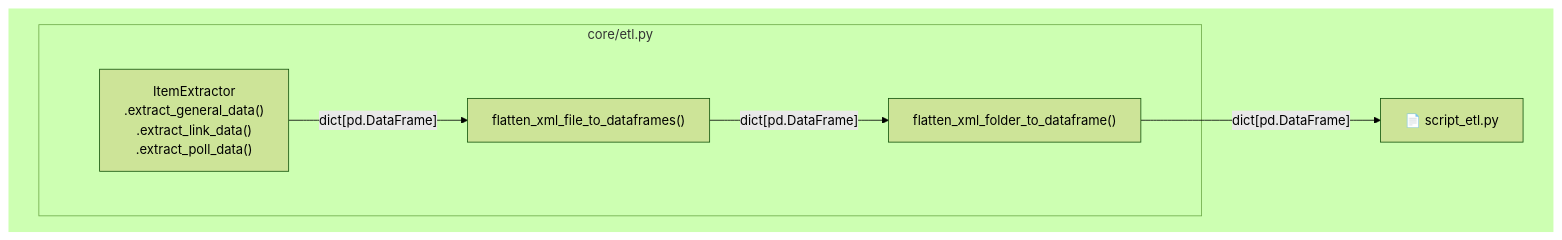
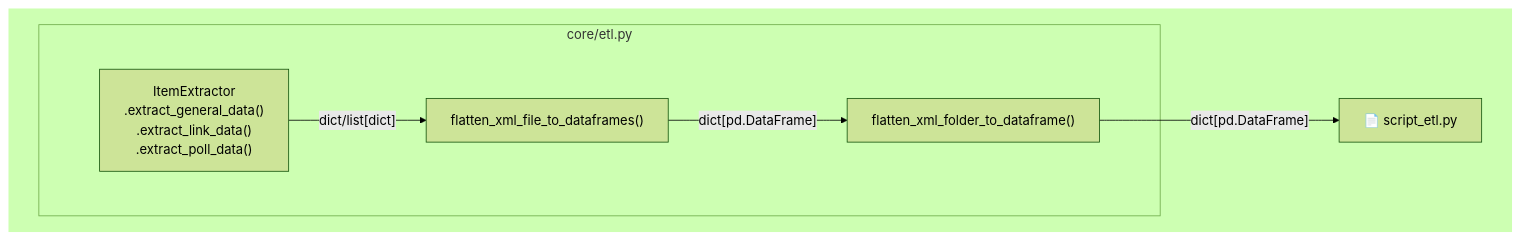
The second of 2 diagrams in content/blog/boardgames_part_one.md (andrewKOwong/mixedconclusions), drawn with Mermaid before and after one commit. The commit also changed other lines of this file, not shown here.

````diff
--- a/content/blog/boardgames_part_one.md
+++ b/content/blog/boardgames_part_one.md
@@ -428,20 +427,20 @@
 ```mermaid
 %%{init: {'theme':'forest'}}%%
 graph TD
     classDef emptypadding fill:None, stroke:None;
     classDef backgroundbox stroke:None;
 
  subgraph background [ ]
     folder_func["flatten_xml_folder_to_dataframe()"] -->|"dict[pd.DataFrame]"|script["📄 script_etl.py"];
  subgraph core/etl.py
  subgraph padding1 [ ]
     ItemExtractor["ItemExtractor<br>.extract_general_data() <br> .extract_link_data() <br> .extract_poll_data()"];
-    ItemExtractor --> |"dict[pd.DataFrame]"|file_func;
+    ItemExtractor --> |"dict/list[dict]"|file_func;
     file_func["flatten_xml_file_to_dataframes()"] --> |"dict[pd.DataFrame]"|folder_func;
  end
  end
  end
 class padding1 emptypadding
 class background backgroundbox
 
 ```
````
